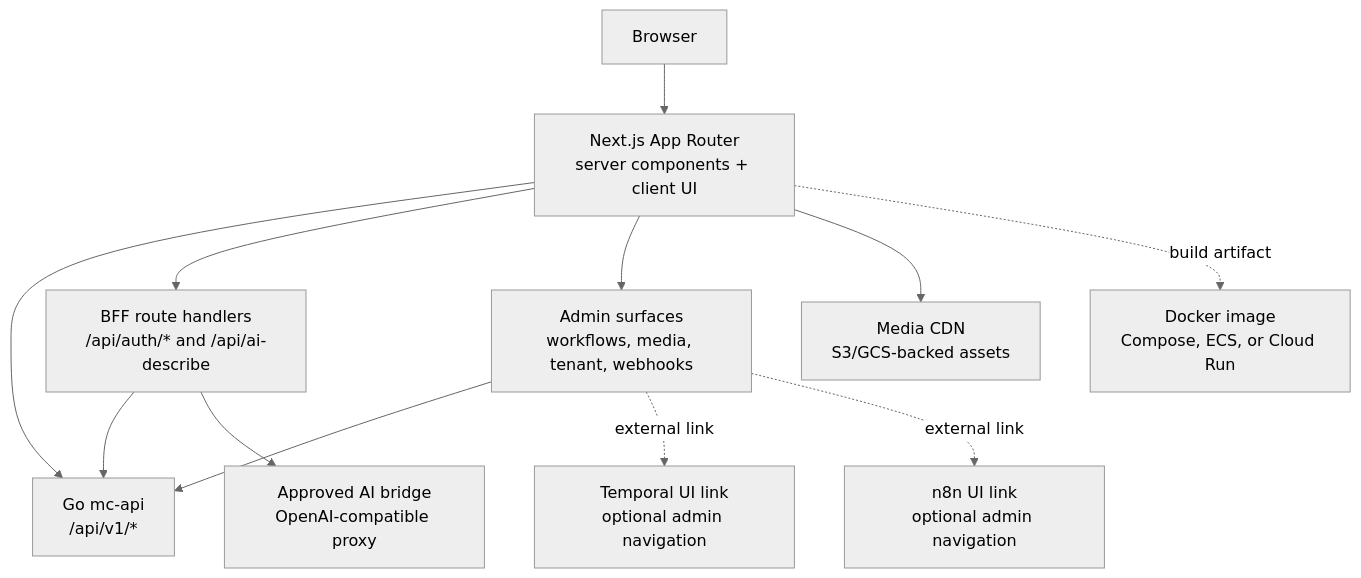
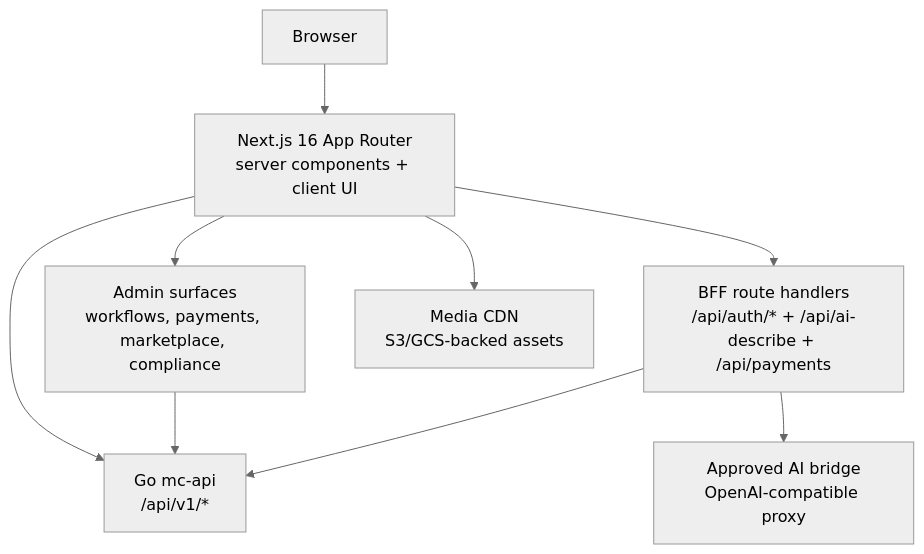
Before and after one commit to nfsarch33/agentic-ecommerce-web: the diagram in README.md, drawn with Mermaid (neutral theme). The commit also changed other lines of this file and 2 other files, not shown here.

````diff
--- a/README.md
+++ b/README.md
@@ -11,25 +41,19 @@
 ```mermaid
 flowchart TB
   Browser["Browser"]
-  Next["Next.js App Router\nserver components + client UI"]
-  BFF["BFF route handlers\n/api/auth/* and /api/ai-describe"]
+  Next["Next.js 16 App Router\nserver components + client UI"]
+  BFF["BFF route handlers\n/api/auth/* + /api/ai-describe + /api/payments"]
   API["Go mc-api\n/api/v1/*"]
-  Admin["Admin surfaces\nworkflows, media, tenant, webhooks"]
-  Temporal["Temporal UI link\noptional admin navigation"]
-  N8N["n8n UI link\noptional admin navigation"]
+  Admin["Admin surfaces\nworkflows, payments, marketplace, compliance"]
   CDN["Media CDN\nS3/GCS-backed assets"]
   Bridge["Approved AI bridge\nOpenAI-compatible proxy"]
-  Deploy["Docker image\nCompose, ECS, or Cloud Run"]
 
   Browser --> Next
   Next --> API
   Next --> BFF
   Next --> Admin
   Admin --> API
-  Admin -. external link .-> Temporal
-  Admin -. external link .-> N8N
   Next --> CDN
   BFF --> API
   BFF --> Bridge
-  Next -. build artifact .-> Deploy
 ```
````
